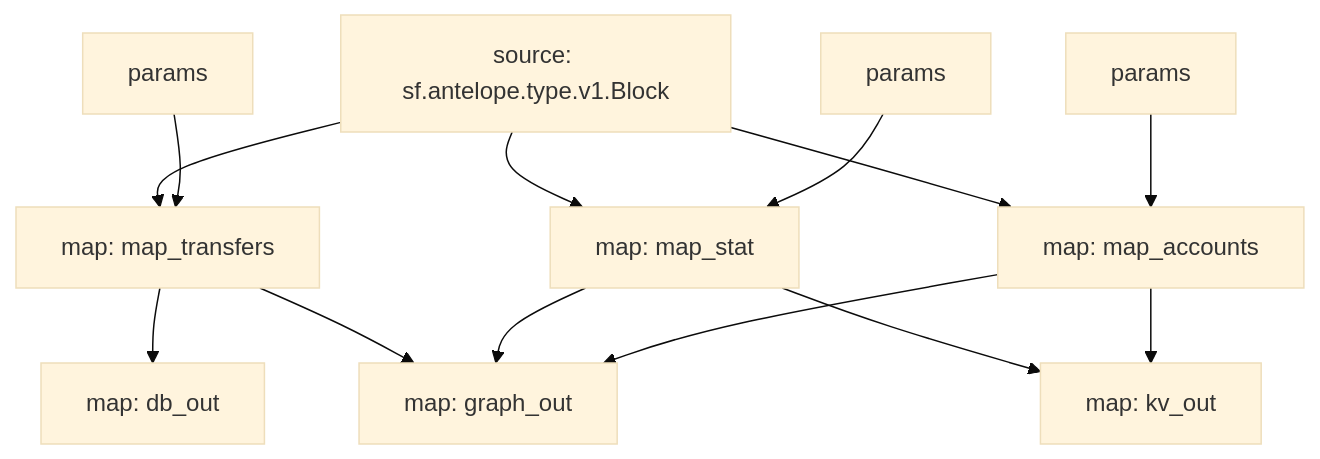
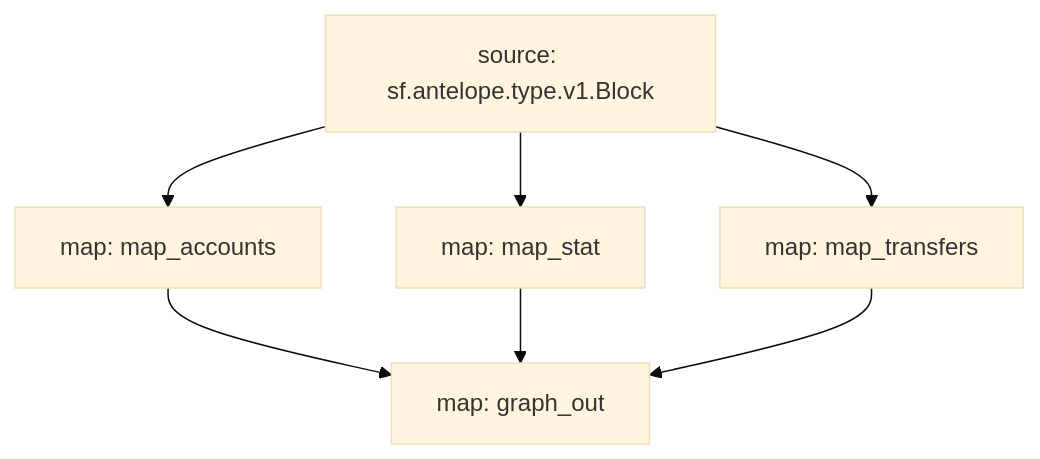
The diagram in README.md (pinax-network/substreams-antelope-tokens), drawn with Mermaid (base theme) before and after one commit. The commit also changed other lines of this file and 8 other files, not shown here.

````diff
--- a/README.md
+++ b/README.md
@@ -16,21 +16,13 @@
 ```mermaid
 graph TD;
   map_transfers[map: map_transfers];
-  map_transfers:params[params] --> map_transfers;
   sf.antelope.type.v1.Block[source: sf.antelope.type.v1.Block] --> map_transfers;
   map_accounts[map: map_accounts];
-  map_accounts:params[params] --> map_accounts;
   sf.antelope.type.v1.Block[source: sf.antelope.type.v1.Block] --> map_accounts;
   map_stat[map: map_stat];
-  map_stat:params[params] --> map_stat;
   sf.antelope.type.v1.Block[source: sf.antelope.type.v1.Block] --> map_stat;
   graph_out[map: graph_out];
   map_accounts --> graph_out;
   map_stat --> graph_out;
   map_transfers --> graph_out;
-  kv_out[map: kv_out];
-  map_accounts --> kv_out;
-  map_stat --> kv_out;
-  db_out[map: db_out];
-  map_transfers --> db_out;
 ```
````
